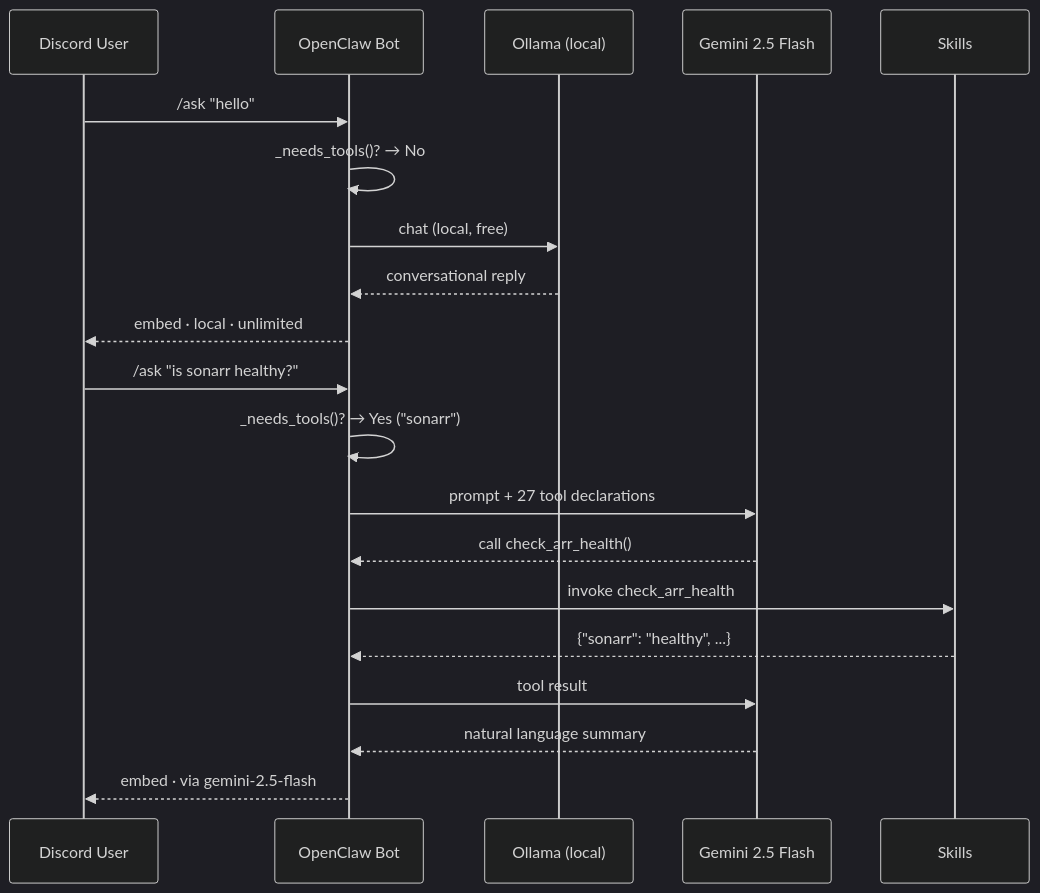
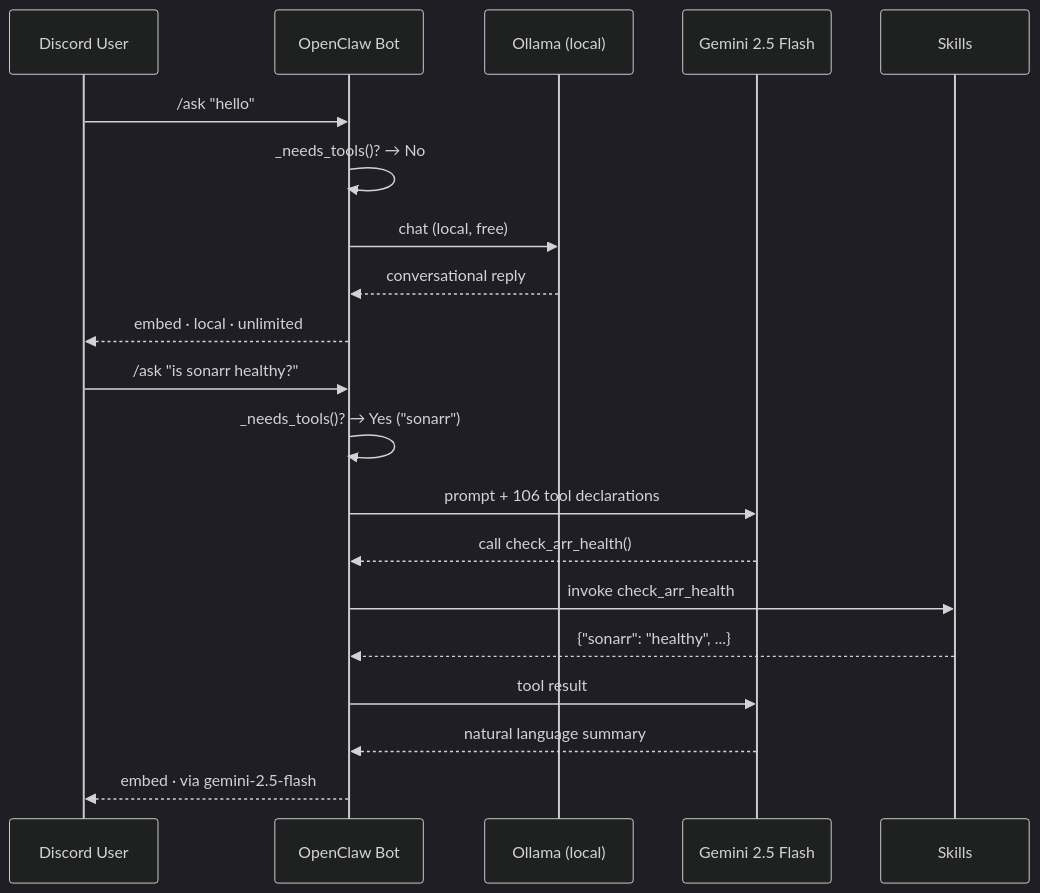
The first of 3 diagrams in README.md (DaveVoyles/openclaw-on-mac-mini), drawn with Mermaid (dark theme) before and after one commit. The commit also changed other lines of this file and 5 other files, not shown here.

First line of the commit message:
docs: update architecture docs, diagrams, and README for current state

````diff
--- a/README.md
+++ b/README.md
@@ -400,24 +397,24 @@
 ```mermaid
 sequenceDiagram
     participant U as Discord User
     participant B as OpenClaw Bot
     participant O as Ollama (local)
     participant G as Gemini 2.5 Flash
     participant S as Skills
 
     U->>B: /ask "hello"
     B->>B: _needs_tools()? → No
     B->>O: chat (local, free)
     O-->>B: conversational reply
     B-->>U: embed · local · unlimited
 
     U->>B: /ask "is sonarr healthy?"
     B->>B: _needs_tools()? → Yes ("sonarr")
-    B->>G: prompt + 27 tool declarations
+    B->>G: prompt + 106 tool declarations
     G-->>B: call check_arr_health()
     B->>S: invoke check_arr_health
     S-->>B: {"sonarr": "healthy", ...}
     B->>G: tool result
     G-->>B: natural language summary
     B-->>U: embed · via gemini-2.5-flash
 ```
````
